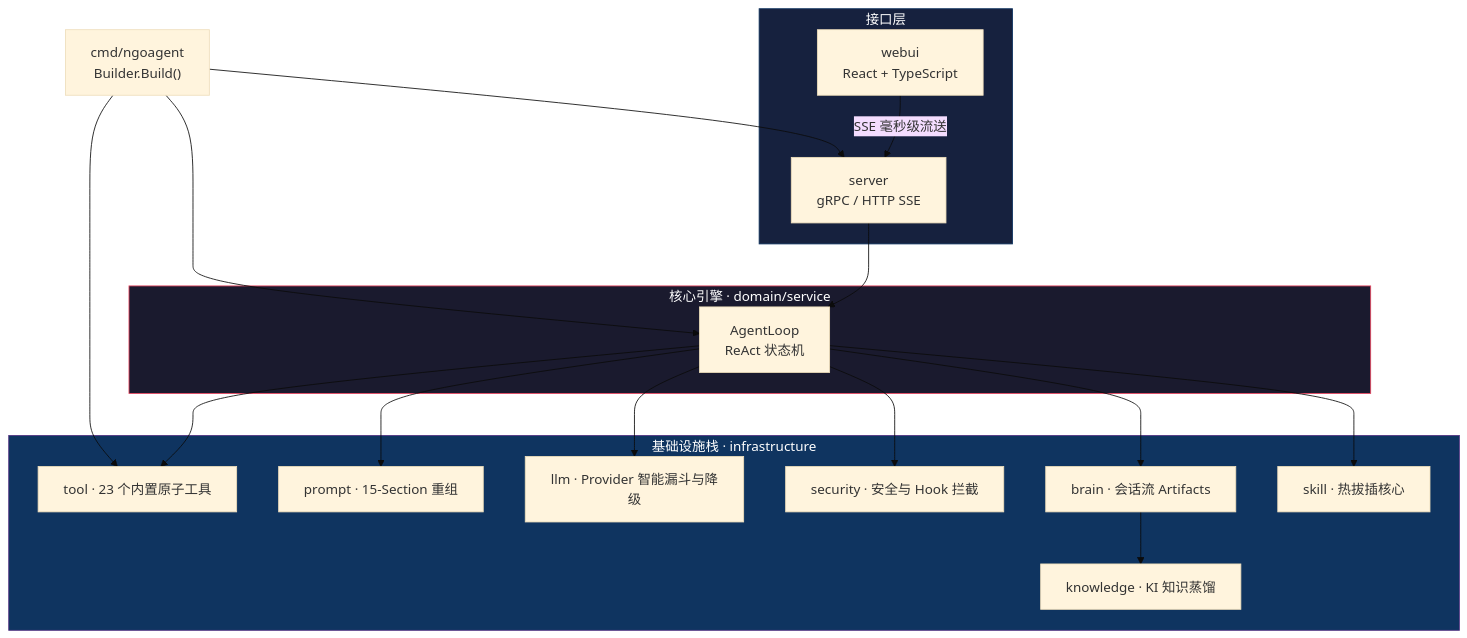
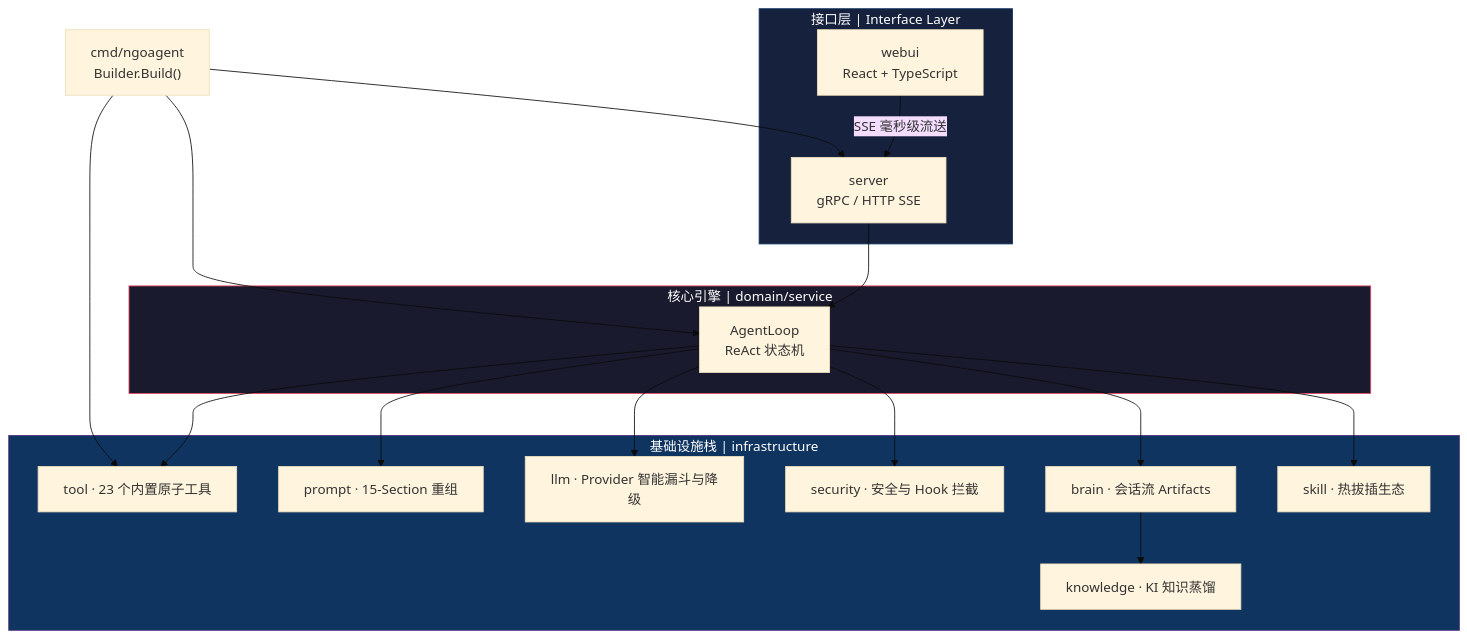
The diagram in README.md (None9527/NGOAgent), drawn with Mermaid (base theme) before and after one commit. The commit also changed other lines of this file and 2 other files, not shown here.

````diff
--- a/README.md
+++ b/README.md
@@ -47,39 +80,39 @@
 ```mermaid
 graph TD
     Main["cmd/ngoagent<br/>Builder.Build()"] --> Server
     Main --> Engine
     Main --> Tool
 
-    subgraph Interfaces["接口层"]
+    subgraph Interfaces["接口层 | Interface Layer"]
         Server["server<br/>gRPC / HTTP SSE"]
         Web["webui<br/>React + TypeScript"]
     end
 
-    subgraph Core["核心引擎 · domain/service"]
+    subgraph Core["核心引擎 | domain/service"]
         Engine["AgentLoop<br/>ReAct 状态机"]
     end
 
-    subgraph Infra["基础设施栈 · infrastructure"]
+    subgraph Infra["基础设施栈 | infrastructure"]
         Tool["tool · 23 个内置原子工具"]
         Prompt["prompt · 15-Section 重组"]
         LLM["llm · Provider 智能漏斗与降级"]
         Security["security · 安全与 Hook 拦截"]
         Brain["brain · 会话流 Artifacts"]
         KI["knowledge · KI 知识蒸馏"]
-        Skill["skill · 热拔插核心"]
+        Skill["skill · 热拔插生态"]
     end
 
     Web -->|SSE 毫秒级流送| Server
     Server --> Engine
     Engine --> Tool
     Engine --> Prompt
     Engine --> LLM
     Engine --> Security
     Engine --> Brain
     Brain --> KI
     Engine --> Skill
 
     style Core fill:#1a1a2e,stroke:#e94560,color:#fff
     style Interfaces fill:#16213e,stroke:#0f3460,color:#fff
     style Infra fill:#0f3460,stroke:#533483,color:#fff
 ```
````
